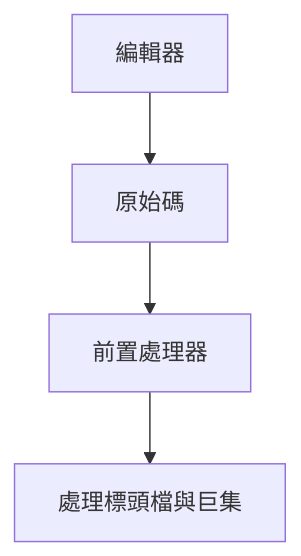
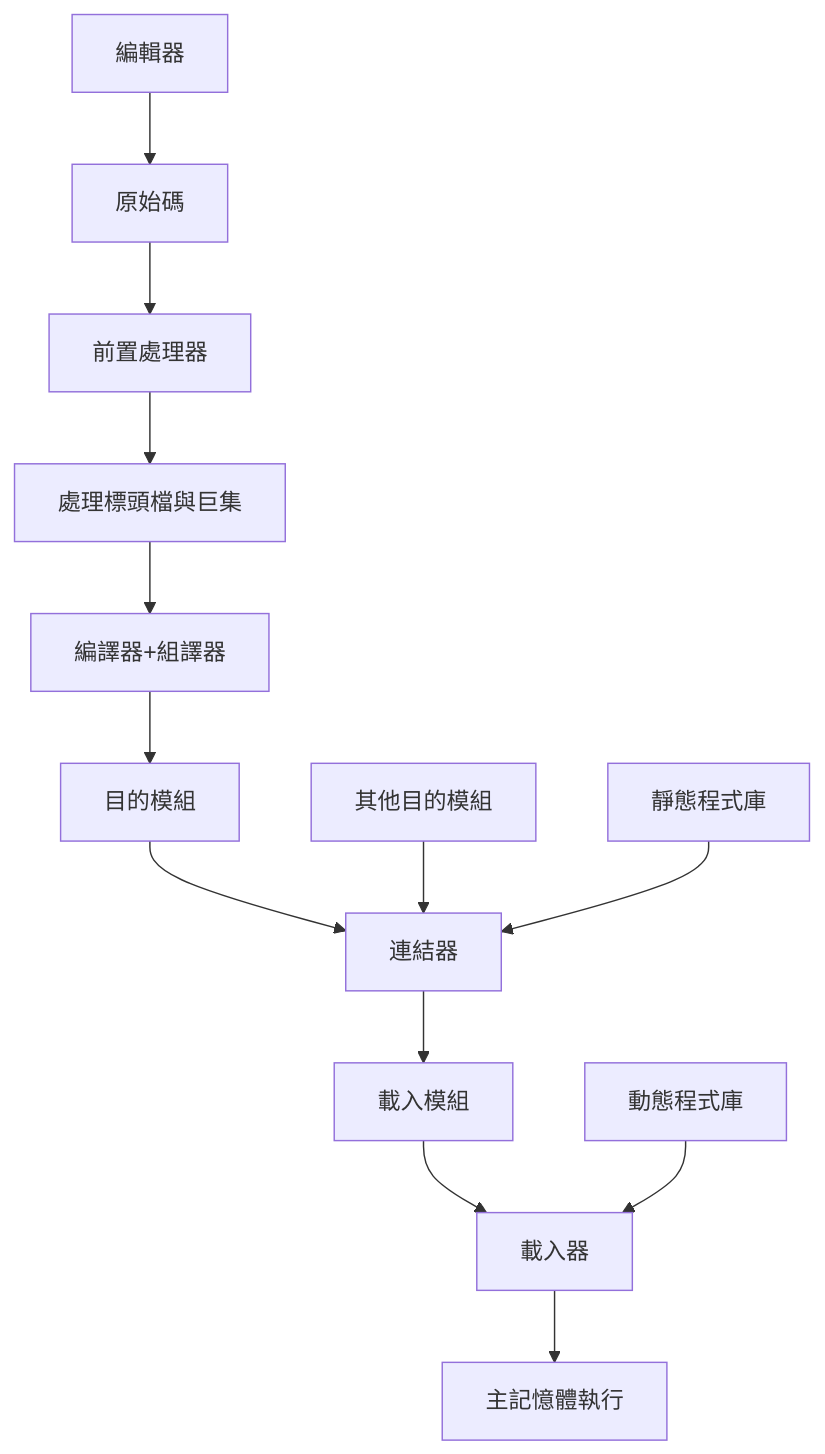
Before and after one commit to leosuen/leosuen_note: the diagram in 資訊管理考試/計算機概論/程式語言/程式語言簡介.md, drawn with Mermaid. The commit also changed 2 other files, not shown here.

Commit message:
20210315 day update

````diff
--- a/資訊管理考試/計算機概論/程式語言/程式語言簡介.md
+++ b/資訊管理考試/計算機概論/程式語言/程式語言簡介.md
@@ -6,9 +6,17 @@
 ```mermaid
 
 graph TD
 
 編輯器 --> 原始碼
 原始碼 --> 前置處理器
 前置處理器 --> 處理標頭檔與巨集
-
+處理標頭檔與巨集 --> 編譯器+組譯器
+編譯器+組譯器 --> 目的模組
+目的模組 --> 連結器
+其他目的模組 --> 連結器
+靜態程式庫 --> 連結器
+連結器 --> 載入模組
+載入模組 --> 載入器
+動態程式庫 --> 載入器
+載入器 --> 主記憶體執行
 ```
````
